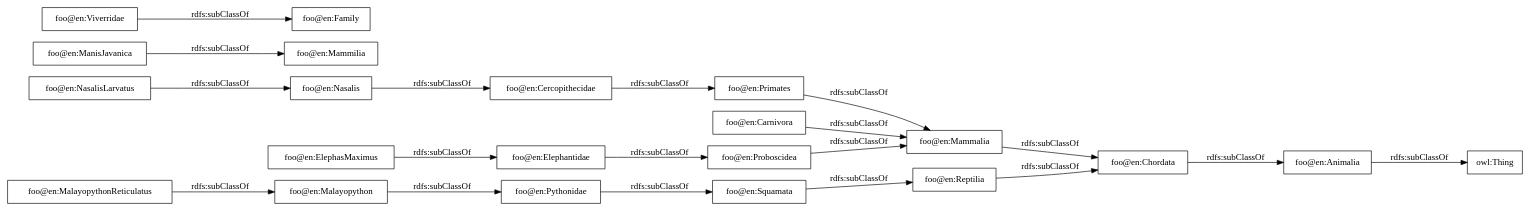
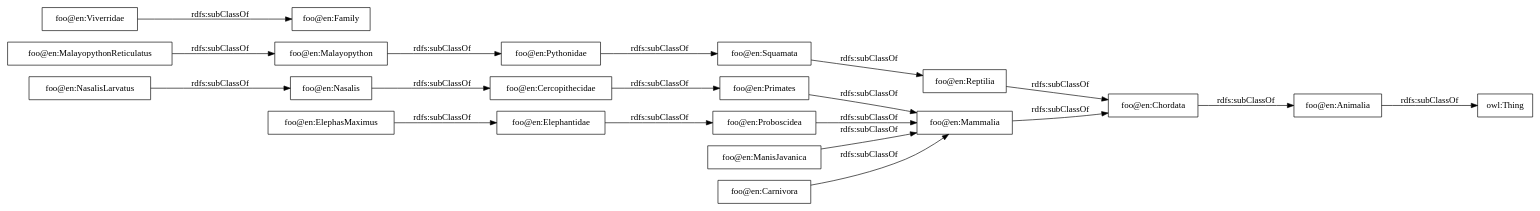
One commit to Naeima/foo_html changed the diagram in OnToology/index.ttl/diagrams/ar2dtool-taxonomy/index.ttl.png.dot. Above: the diagram before and after it, drawn with Graphviz. The commit also changed 13 other files, not shown here.

```diff
--- a/OnToology/index.ttl/diagrams/ar2dtool-taxonomy/index.ttl.png.dot
+++ b/OnToology/index.ttl/diagrams/ar2dtool-taxonomy/index.ttl.png.dot
@@ -1,24 +1,24 @@
 digraph ar2dtool_diagram { 
 rankdir=LR;
 size="1000"
-node [shape = rectangle, color="black"]; "foo@en:Squamata" "foo@en:Mammalia" "foo@en:Malayopython" "foo@en:Animalia" "foo@en:Cercopithecidae" "foo@en:ManisJavanica" "foo@en:ElephasMaximus" "foo@en:MalayopythonReticulatus" "foo@en:Primates" "foo@en:Carnivora" "foo@en:Viverridae" "foo@en:Nasalis" "foo@en:Elephantidae" "foo@en:Reptilia" "foo@en:Pythonidae" "foo@en:Proboscidea" "foo@en:Chordata" ; /*classes style*/
+node [shape = rectangle, color="black"]; "foo@en:NasalisLarvatus" "foo@en:Squamata" "foo@en:Mammalia" "foo@en:Malayopython" "foo@en:Animalia" "foo@en:Cercopithecidae" "foo@en:ManisJavanica" "foo@en:ElephasMaximus" "foo@en:MalayopythonReticulatus" "foo@en:Primates" "foo@en:Carnivora" "foo@en:Viverridae" "foo@en:Nasalis" "foo@en:Elephantidae" "foo@en:Reptilia" "foo@en:Pythonidae" "foo@en:Proboscidea" "foo@en:Chordata" ; /*classes style*/
 	"foo@en:Cercopithecidae" -> "foo@en:Primates" [ label = "rdfs:subClassOf" ];
 	"foo@en:Chordata" -> "foo@en:Animalia" [ label = "rdfs:subClassOf" ];
 	"foo@en:Squamata" -> "foo@en:Reptilia" [ label = "rdfs:subClassOf" ];
 	"foo@en:Elephantidae" -> "foo@en:Proboscidea" [ label = "rdfs:subClassOf" ];
 	"foo@en:Proboscidea" -> "foo@en:Mammalia" [ label = "rdfs:subClassOf" ];
 	"foo@en:Reptilia" -> "foo@en:Chordata" [ label = "rdfs:subClassOf" ];
-	"foo@en:ManisJavanica" -> "foo@en:Mammilia" [ label = "rdfs:subClassOf" ];
+	"foo@en:ManisJavanica" -> "foo@en:Mammalia" [ label = "rdfs:subClassOf" ];
 	"foo@en:Nasalis" -> "foo@en:Cercopithecidae" [ label = "rdfs:subClassOf" ];
 	"foo@en:Viverridae" -> "foo@en:Family" [ label = "rdfs:subClassOf" ];
 	"foo@en:ElephasMaximus" -> "foo@en:Elephantidae" [ label = "rdfs:subClassOf" ];
 	"foo@en:Animalia" -> "owl:Thing" [ label = "rdfs:subClassOf" ];
 	"foo@en:Malayopython" -> "foo@en:Pythonidae" [ label = "rdfs:subClassOf" ];
 	"foo@en:Carnivora" -> "foo@en:Mammalia" [ label = "rdfs:subClassOf" ];
 	"foo@en:Mammalia" -> "foo@en:Chordata" [ label = "rdfs:subClassOf" ];
 	"foo@en:MalayopythonReticulatus" -> "foo@en:Malayopython" [ label = "rdfs:subClassOf" ];
 	"foo@en:Pythonidae" -> "foo@en:Squamata" [ label = "rdfs:subClassOf" ];
 	"foo@en:Primates" -> "foo@en:Mammalia" [ label = "rdfs:subClassOf" ];
 	"foo@en:NasalisLarvatus" -> "foo@en:Nasalis" [ label = "rdfs:subClassOf" ];
 
 }
```
